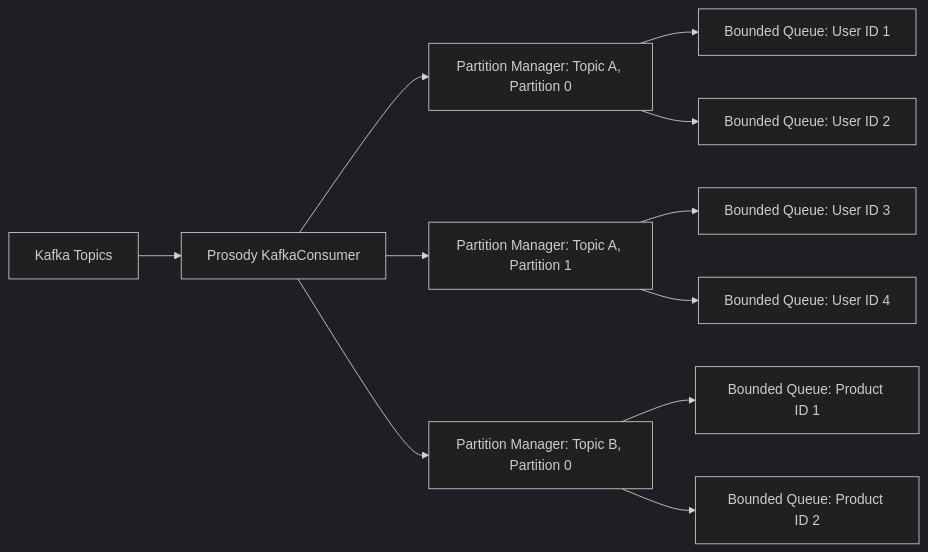
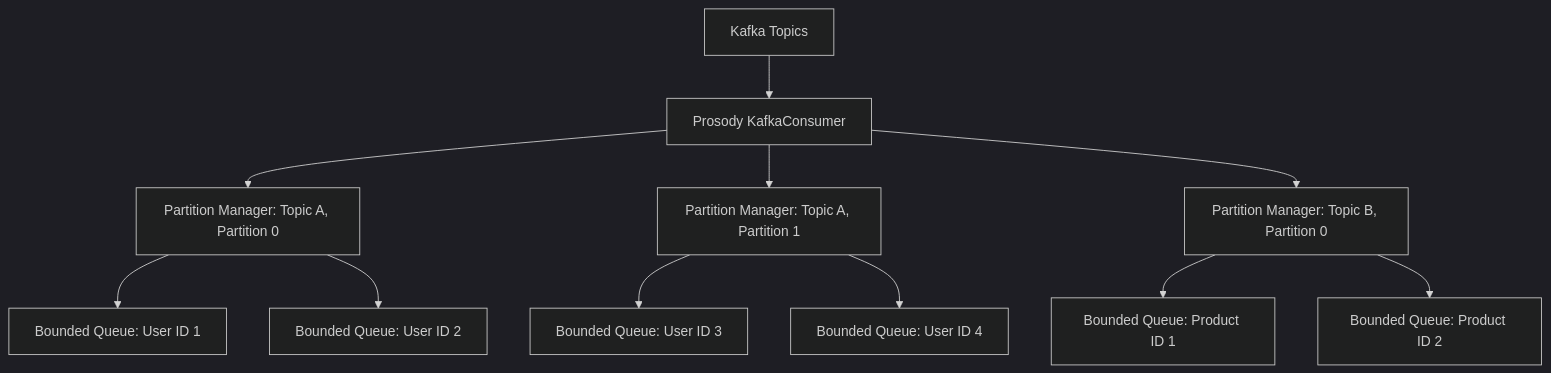
Before and after one commit to prosody-events/prosody: the first of 2 diagrams in prosody/README.md, drawn with Mermaid (dark theme).

Commit message:
doc: minor fixes

````diff
--- a/prosody/README.md
+++ b/prosody/README.md
@@ -126,13 +126,13 @@
 ```mermaid
-graph LR
+graph TD
     A[Kafka Topics] --> B[Prosody KafkaConsumer]
     B --> C[Partition Manager: Topic A, Partition 0]
     B --> D[Partition Manager: Topic A, Partition 1]
     B --> E[Partition Manager: Topic B, Partition 0]
     C --> F[Bounded Queue: User ID 1]
     C --> G[Bounded Queue: User ID 2]
     D --> H[Bounded Queue: User ID 3]
     D --> I[Bounded Queue: User ID 4]
     E --> J[Bounded Queue: Product ID 1]
     E --> K[Bounded Queue: Product ID 2]
 ```
````
